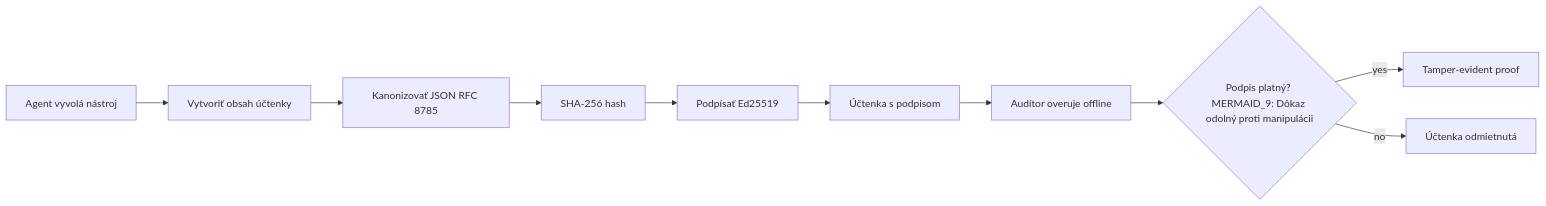
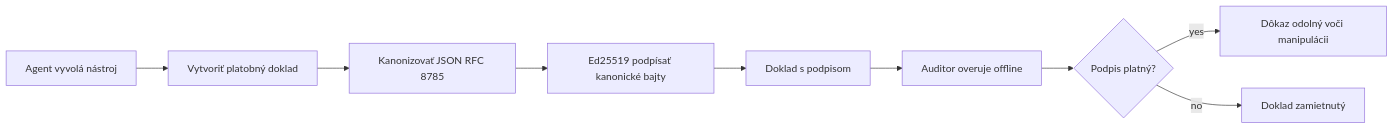
Before and after one commit to microsoft/ai-agents-for-beginners: the first of 2 diagrams in translations/sk/18-securing-ai-agents/README.md, drawn with Mermaid. The commit also changed other lines of this file and 46 other files, not shown here.

````diff
--- a/translations/sk/18-securing-ai-agents/README.md
+++ b/translations/sk/18-securing-ai-agents/README.md
@@ -51,12 +51,11 @@
 ```mermaid
 flowchart LR
-    A[Agent vyvolá nástroj] --> B[Vytvoriť obsah účtenky]
+    A[Agent vyvolá nástroj] --> B[Vytvoriť platobný doklad]
     B --> C[Kanonizovať JSON RFC 8785]
-    C --> D[SHA-256 hash]
-    D --> E[Podpísať Ed25519]
-    E --> F[Účtenka s podpisom]
-    F --> G[Audítor overuje offline]
-    G --> H{Podpis platný? MERMAID_9: Dôkaz odolný proti manipulácii}
-    H -- yes --> I[Tamper-evident proof]
-    H -- no --> J[Účtenka odmietnutá]
+    C --> E[Ed25519 podpísať kanonické bajty]
+    E --> F[Doklad s podpisom]
+    F --> G[Auditor overuje offline]
+    G --> H{Podpis platný?}
+    H -- yes --> I[Dôkaz odolný voči manipulácii]
+    H -- no --> J[Doklad zamietnutý]
 ```
````
